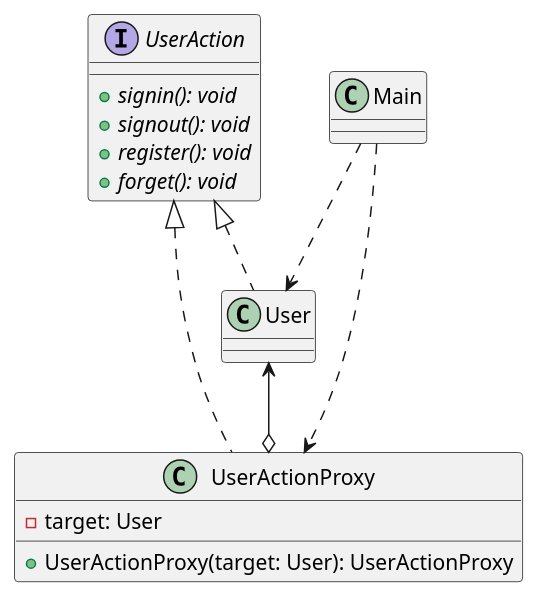
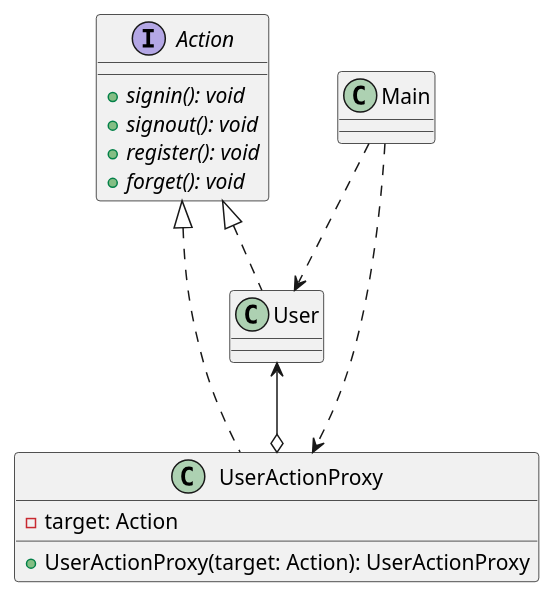
One commit to mskmktsk/design_patterns changed the diagram in src/_2_结构型模式/_7_代理模式_Proxy/_1_静态代理/Static Proxy.puml. Above: the diagram before and after it, drawn with PlantUML.

Commit message:
3.7.1 修改静态代理的 UML 图

```diff
--- a/src/_2_结构型模式/_7_代理模式_Proxy/_1_静态代理/Static Proxy.puml
+++ b/src/_2_结构型模式/_7_代理模式_Proxy/_1_静态代理/Static Proxy.puml
@@ -1,24 +1,24 @@
 @startuml
 
-interface UserAction {
+interface Action {
     + {abstract} signin(): void
     + {abstract} signout(): void
     + {abstract} register(): void
     + {abstract} forget(): void
 }
 
-class User implements UserAction
+class User implements Action
 
-class UserActionProxy implements UserAction {
-    - target: User
-    + UserActionProxy(target: User): UserActionProxy
+class UserActionProxy implements Action {
+    - target: Action
+    + UserActionProxy(target: Action): UserActionProxy
 }
 
 class Main
 
 User <--o UserActionProxy
 
 Main ..> User
 Main ..> UserActionProxy
 
 @enduml
```
